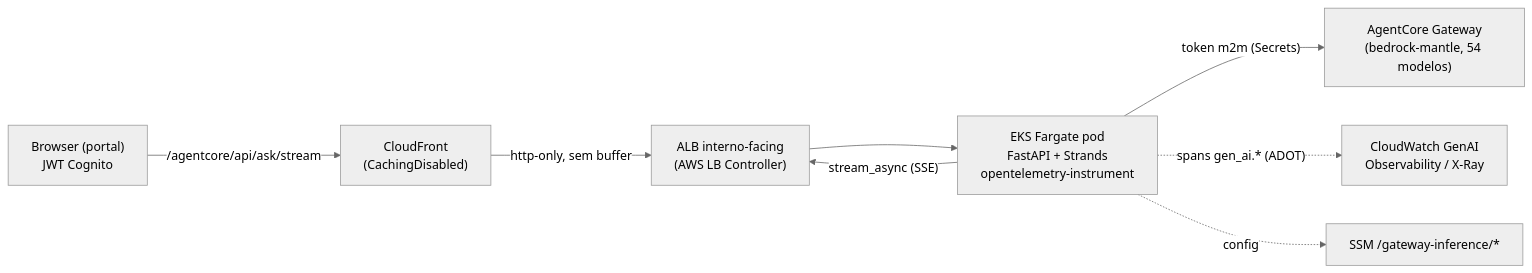
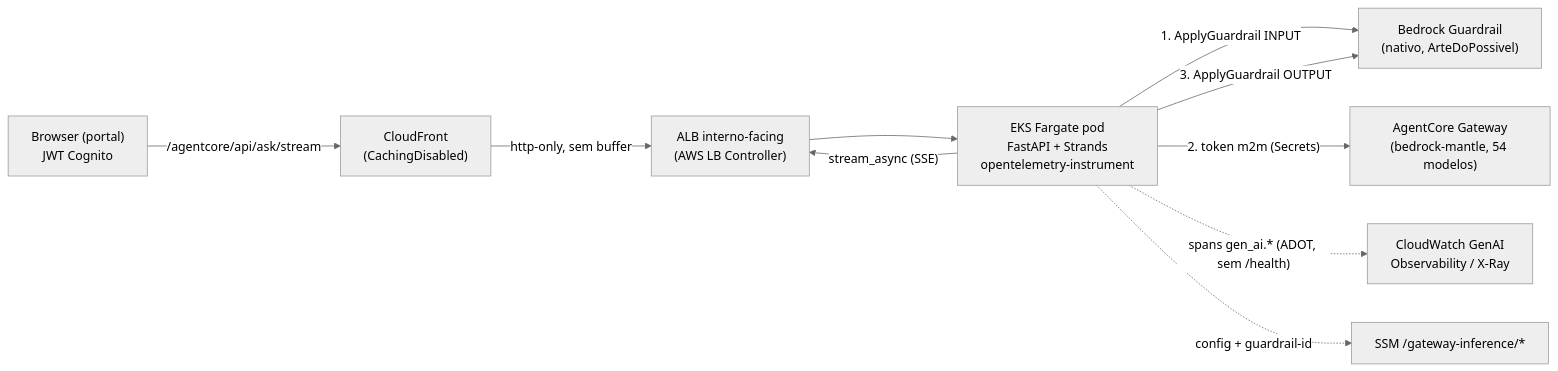
One commit to wembleycarvalho/exam-correction-v2 changed the diagram in agentcore-gateway-inference/eks/README.md. Above: the diagram before and after it, drawn with Mermaid (neutral theme). The commit also changed other lines of this file and 4 other files, not shown here.

First line of the commit message:
feat(gateway-inference): Guardrail Bedrock nativo, Evaluation em streaming e /health fora da observability

````diff
--- a/agentcore-gateway-inference/eks/README.md
+++ b/agentcore-gateway-inference/eks/README.md
@@ -25,10 +25,12 @@
 ```mermaid
 flowchart LR
   B["Browser (portal)<br/>JWT Cognito"] -->|"/agentcore/api/ask/stream"| CF["CloudFront<br/>(CachingDisabled)"]
   CF -->|http-only, sem buffer| ALB["ALB interno-facing<br/>(AWS LB Controller)"]
   ALB --> POD["EKS Fargate pod<br/>FastAPI + Strands<br/>opentelemetry-instrument"]
+  POD -->|"1. ApplyGuardrail INPUT"| GR["Bedrock Guardrail<br/>(nativo, ArteDoPossivel)"]
+  POD -->|"2. token m2m (Secrets)"| GW["AgentCore Gateway<br/>(bedrock-mantle, 54 modelos)"]
+  POD -->|"3. ApplyGuardrail OUTPUT"| GR
   POD -->|"stream_async (SSE)"| ALB
-  POD -->|"token m2m (Secrets)"| GW["AgentCore Gateway<br/>(bedrock-mantle, 54 modelos)"]
-  POD -.->|"spans gen_ai.* (ADOT)"| XR["CloudWatch GenAI<br/>Observability / X-Ray"]
-  POD -.->|"config"| SSM["SSM /gateway-inference/*"]
+  POD -.->|"spans gen_ai.* (ADOT, sem /health)"| XR["CloudWatch GenAI<br/>Observability / X-Ray"]
+  POD -.->|"config + guardrail-id"| SSM["SSM /gateway-inference/*"]
 ```
````
